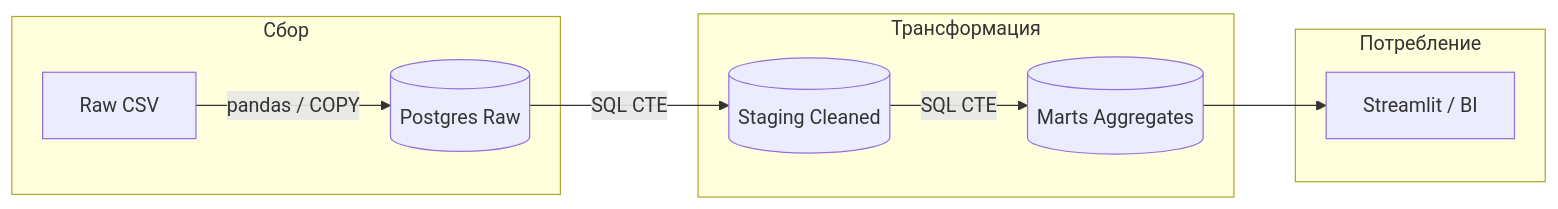
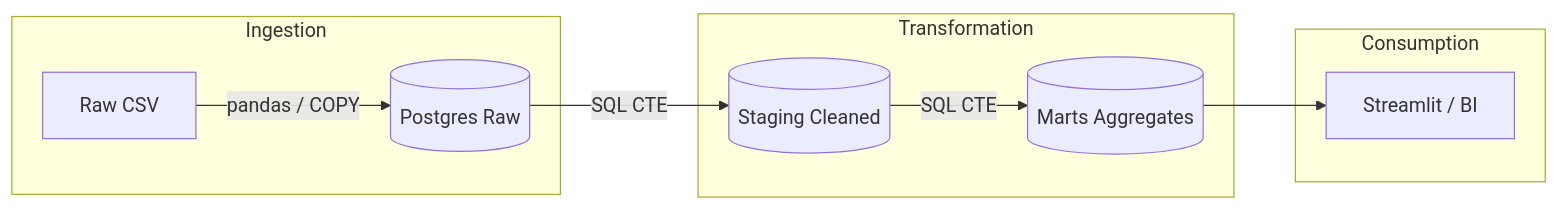
The diagram in README.md (vlvlk/inside-airbnb-etl), drawn with Mermaid before and after one commit. The commit also changed other lines of this file and 9 other files, not shown here.

````diff
--- a/README.md
+++ b/README.md
@@ -58,15 +59,15 @@
 ```mermaid
 flowchart LR
-    subgraph Ingestion [Сбор]
+    subgraph Ingestion [Ingestion]
         CSV[Raw CSV] -->|pandas / COPY| Raw[(Postgres Raw)]
     end
 
-    subgraph dbt_or_SQL [Трансформация]
+    subgraph Transform [Transformation]
         Raw -->|SQL CTE| Stg[(Staging Cleaned)]
         Stg -->|SQL CTE| Marts[(Marts Aggregates)]
     end
 
-    subgraph Consumption [Потребление]
+    subgraph Consumption [Consumption]
         Marts --> BI[Streamlit / BI]
     end
 ```
````
